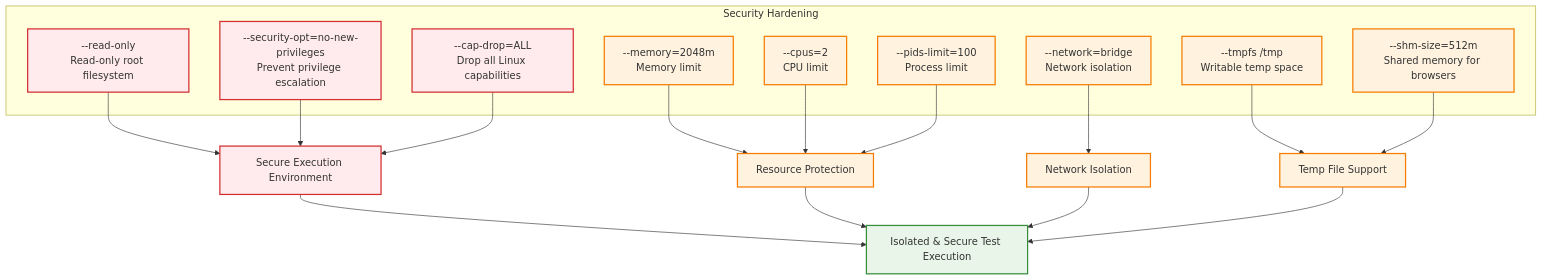
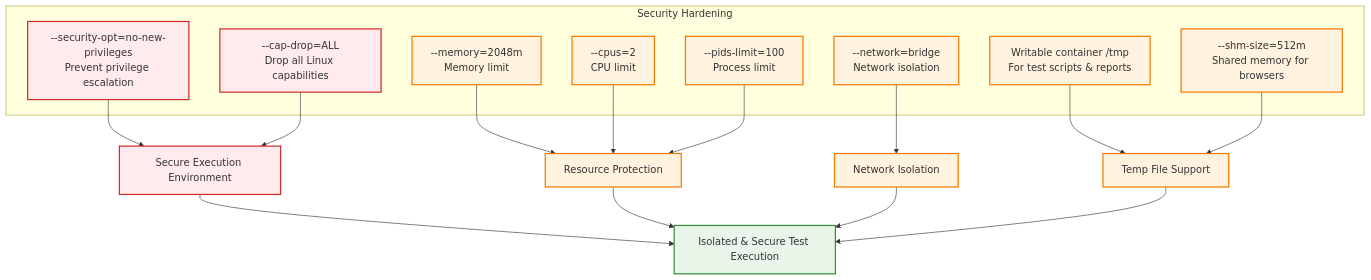
The third of 26 diagrams in specs/TEST_EXECUTION_AND_JOB_QUEUE_FLOW.md (supercheck-io/supercheck), drawn with Mermaid before and after one commit. The commit also changed other lines of this file and 12 other files, not shown here.

First line of the commit message:
docs: update container execution model to eliminate host filesystem dependencies

````diff
--- a/specs/TEST_EXECUTION_AND_JOB_QUEUE_FLOW.md
+++ b/specs/TEST_EXECUTION_AND_JOB_QUEUE_FLOW.md
@@ -190,29 +190,28 @@
 ```mermaid
 graph TB
     subgraph "Security Hardening"
-        S1[--read-only<br/>Read-only root filesystem]
-        S2[--security-opt=no-new-privileges<br/>Prevent privilege escalation]
-        S3[--cap-drop=ALL<br/>Drop all Linux capabilities]
-        S4[--memory=2048m<br/>Memory limit]
-        S5[--cpus=2<br/>CPU limit]
-        S6[--pids-limit=100<br/>Process limit]
-        S7[--network=bridge<br/>Network isolation]
-        S8[--tmpfs /tmp<br/>Writable temp space]
-        S9[--shm-size=512m<br/>Shared memory for browsers]
+        S1[--security-opt=no-new-privileges<br/>Prevent privilege escalation]
+        S2[--cap-drop=ALL<br/>Drop all Linux capabilities]
+        S3[--memory=2048m<br/>Memory limit]
+        S4[--cpus=2<br/>CPU limit]
+        S5[--pids-limit=100<br/>Process limit]
+        S6[--network=bridge<br/>Network isolation]
+        S7[Writable container /tmp<br/>For test scripts & reports]
+        S8[--shm-size=512m<br/>Shared memory for browsers]
     end
 
-    S1 & S2 & S3 --> SEC[Secure Execution Environment]
-    S4 & S5 & S6 --> RES[Resource Protection]
-    S7 --> NET[Network Isolation]
-    S8 & S9 --> TEMP[Temp File Support]
+    S1 & S2 --> SEC[Secure Execution Environment]
+    S3 & S4 & S5 --> RES[Resource Protection]
+    S6 --> NET[Network Isolation]
+    S7 & S8 --> TEMP[Temp File Support]
 
     SEC & RES & NET & TEMP --> SAFE[Isolated & Secure Test Execution]
 
     classDef security fill:#ffebee,stroke:#d32f2f,stroke-width:2px
     classDef resource fill:#fff3e0,stroke:#f57c00,stroke-width:2px
     classDef result fill:#e8f5e8,stroke:#388e3c,stroke-width:2px
 
-    class S1,S2,S3,SEC security
-    class S4,S5,S6,S7,S8,S9,RES,NET,TEMP resource
+    class S1,S2,SEC security
+    class S3,S4,S5,S6,S7,S8,RES,NET,TEMP resource
     class SAFE result
 ```
````
